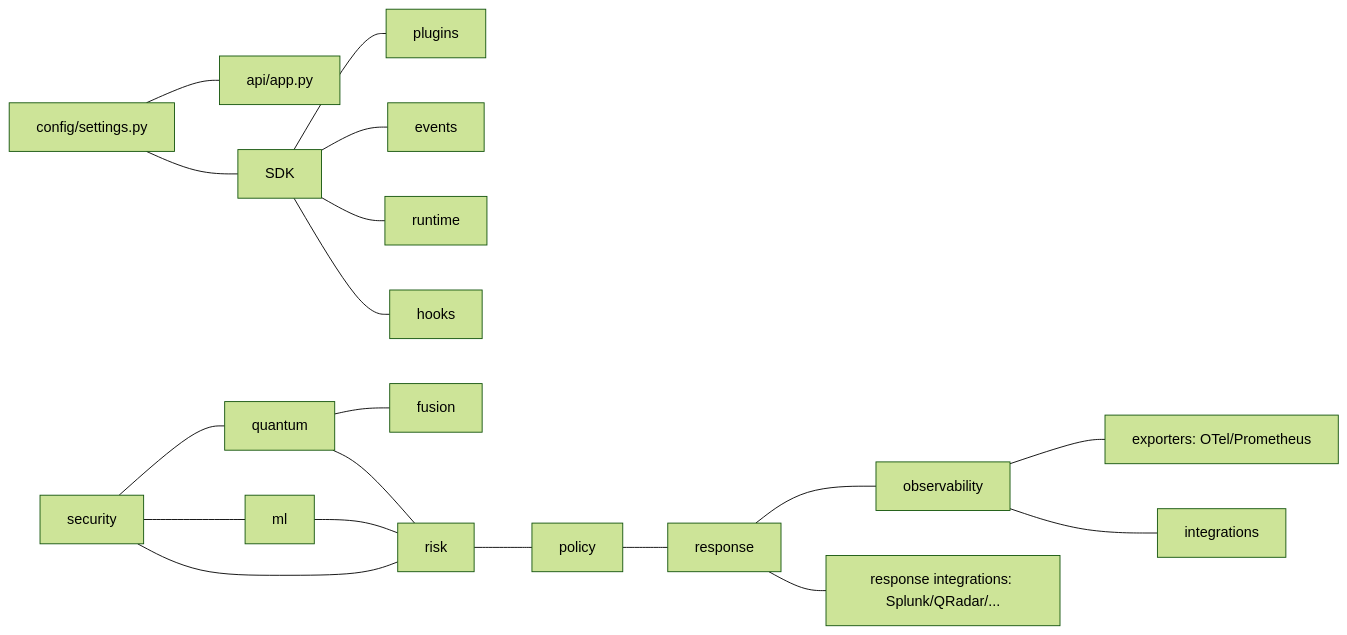
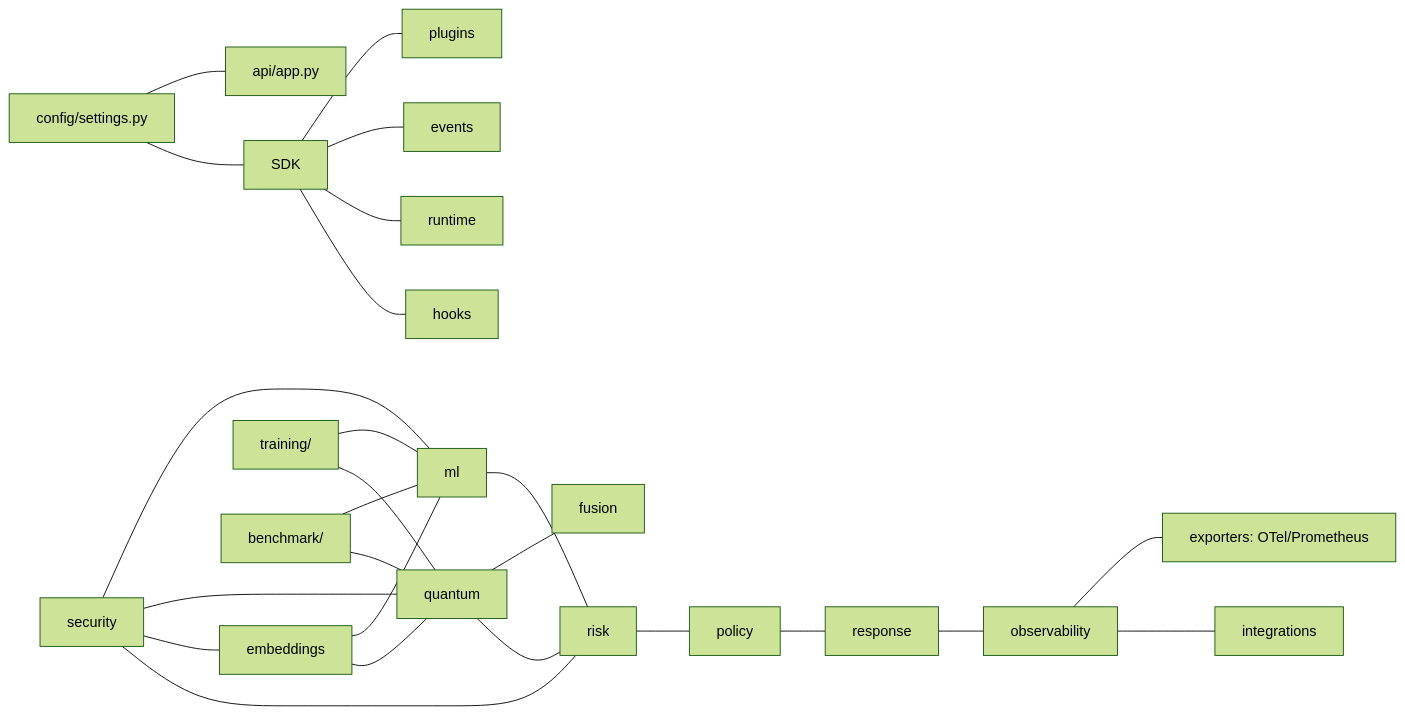
One commit to ssahilkhan/q-guardian changed the second of 2 diagrams in docs/06_Architecture_Documentation.md. Above: the diagram before and after it, drawn with Mermaid (forest theme). The commit also changed other lines of this file and 54 other files, not shown here.

````diff
--- a/docs/06_Architecture_Documentation.md
+++ b/docs/06_Architecture_Documentation.md
@@ -153,19 +164,25 @@
 ```mermaid
 flowchart LR
     CONF[config/settings.py] --- APP[api/app.py]
     CONF --- SDK
     SDK --- PLUG[plugins]
     SDK --- BUS[events]
     SDK --- RT[runtime]
     SDK --- HOOK[hooks]
     SEC[security] --- ML[ml]
     SEC --- QML[quantum]
+    SEC --- EMB[embeddings]
     QML --- FUS[fusion]
+    EMB --- ML
+    EMB --- QML
     SEC & ML & QML --- RISK[risk]
     RISK --- POL[policy]
     POL --- RES[response]
     RES --- OBS[observability]
     OBS --- EXPO[exporters: OTel/Prometheus]
     OBS --- INTEG[integrations]
-    RES --- RINT[response integrations: Splunk/QRadar/...]
+    TRN[training/] --- ML
+    TRN --- QML
+    BEN[benchmark/] --- ML
+    BEN --- QML
 ```
````
